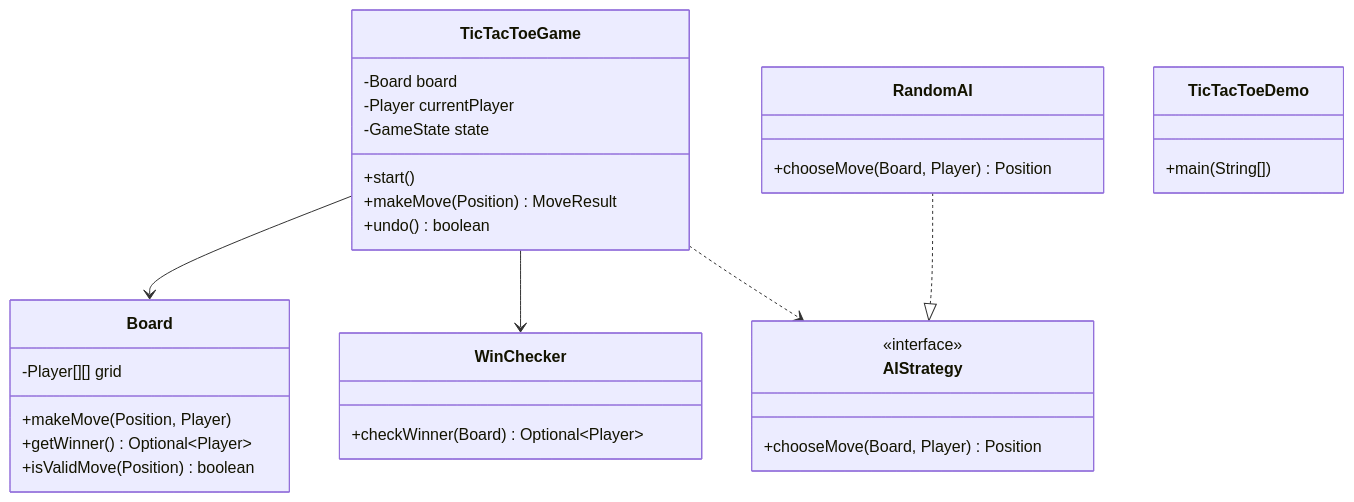
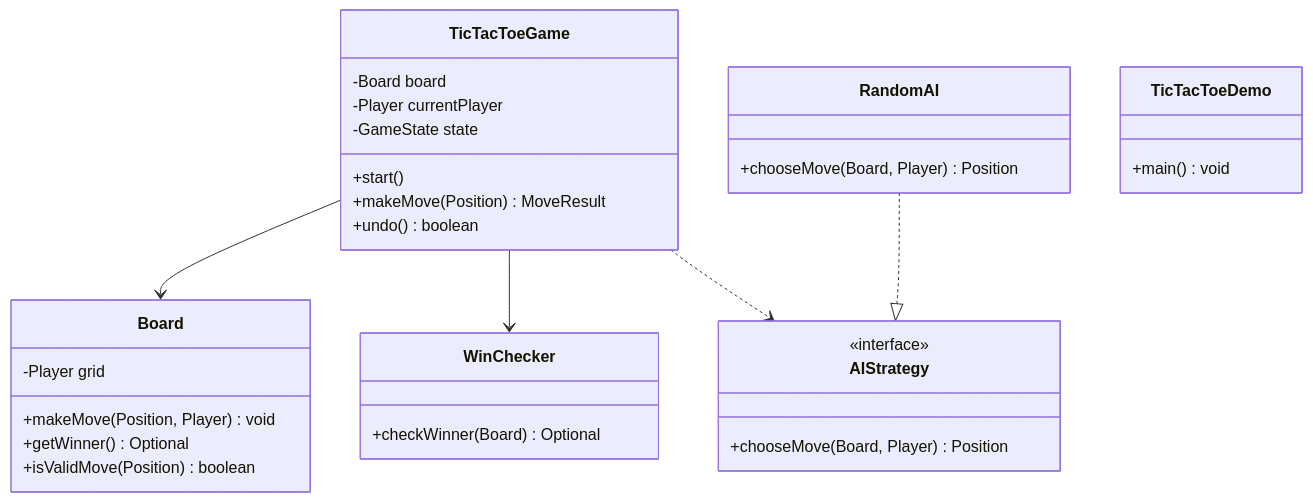
The diagram in docs/problems/tictactoe/README.md (dlkr18/lld-playbook), drawn with Mermaid before and after one commit. The commit also changed 26 other files, not shown here.

First line of the commit message:
Fix Mermaid v10 syntax errors in class diagrams.

````diff
--- a/docs/problems/tictactoe/README.md
+++ b/docs/problems/tictactoe/README.md
@@ -86,34 +86,34 @@
 ```mermaid
 classDiagram
     class TicTacToeGame {
         -Board board
         -Player currentPlayer
         -GameState state
         +start()
         +makeMove(Position) MoveResult
         +undo() boolean
     }
     class Board {
-        -Player[][] grid
-        +makeMove(Position, Player)
-        +getWinner() Optional~Player~
+        -Player grid
+        +makeMove(Position, Player) void
+        +getWinner() Optional
         +isValidMove(Position) boolean
     }
     class WinChecker {
-        +checkWinner(Board) Optional~Player~
+        +checkWinner(Board) Optional
     }
     class AIStrategy {
         <<interface>>
         +chooseMove(Board, Player) Position
     }
     class RandomAI {
         +chooseMove(Board, Player) Position
     }
     class TicTacToeDemo {
-        +main(String[])
+        +main() void
     }
     TicTacToeGame --> Board
     TicTacToeGame --> WinChecker
     TicTacToeGame ..> AIStrategy
     RandomAI ..|> AIStrategy
 ```
````
